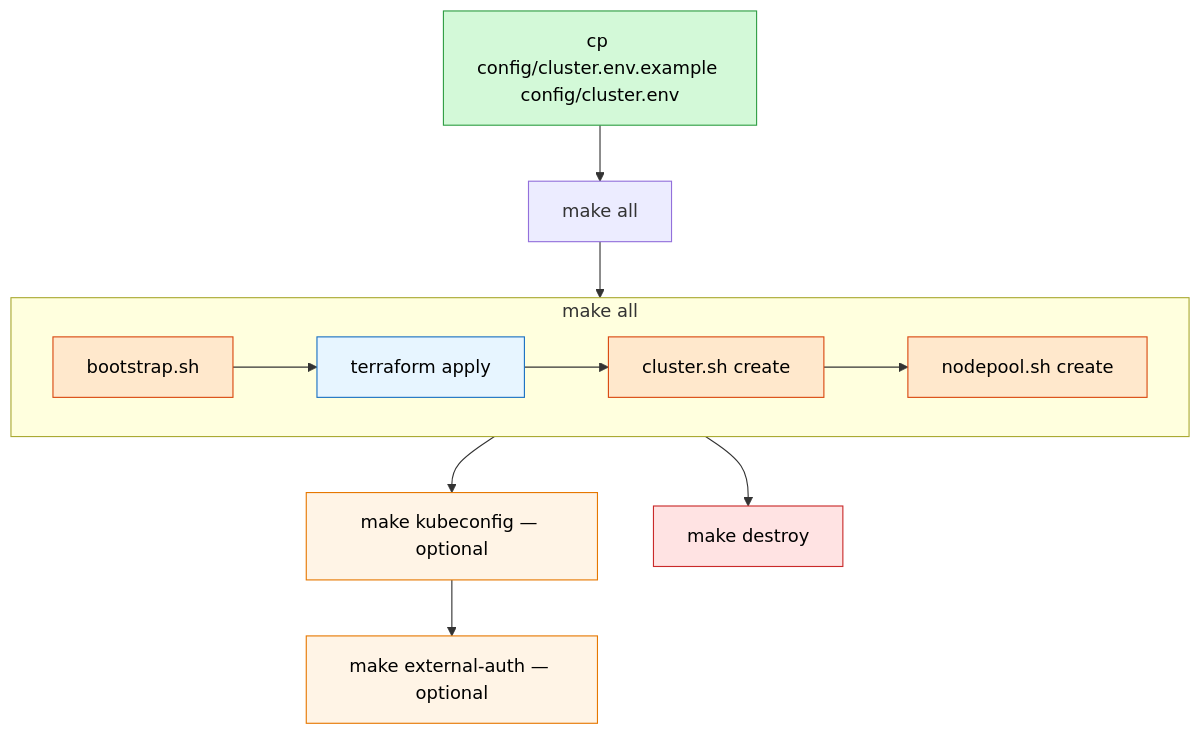
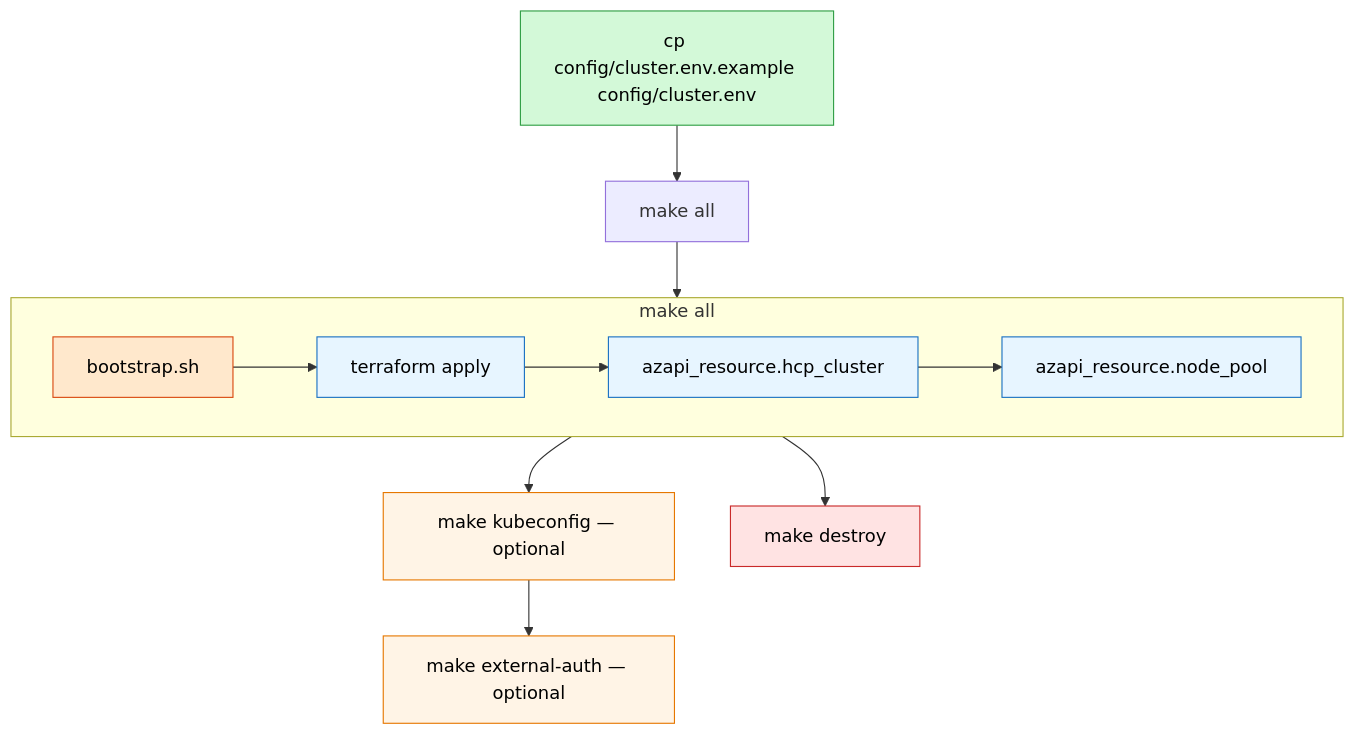
Before and after one commit to rh-mobb/aro-hcp: the second of 12 diagrams in docs/architecture.md, drawn with Mermaid. The commit also changed other lines of this file and 18 other files, not shown here.

First line of the commit message:
feat(terraform): manage HCP cluster and default node pool with AzAPI

````diff
--- a/docs/architecture.md
+++ b/docs/architecture.md
@@ -82,26 +82,26 @@
 ```mermaid
 flowchart TB
     start["cp config/cluster.env.example config/cluster.env"] --> all["make all"]
 
     subgraph allSteps["make all"]
         boot["bootstrap.sh"] --> apply["terraform apply"]
-        apply --> cluster["cluster.sh create"]
-        cluster --> nodepool["nodepool.sh create"]
+        apply --> cluster["azapi_resource.hcp_cluster"]
+        cluster --> nodepool["azapi_resource.node_pool"]
     end
 
     all --> allSteps
     allSteps --> kube["make kubeconfig — optional"]
     kube --> auth["make external-auth — optional"]
     allSteps --> destroy["make destroy"]
 
     classDef fillStart fill:#d3f9d8,stroke:#2f9e44,color:#000
     classDef fillTf fill:#e7f5ff,stroke:#1971c2,color:#000
     classDef fillCli fill:#ffe8cc,stroke:#d9480f,color:#000
     classDef fillOpt fill:#fff4e6,stroke:#e67700,color:#000
     classDef fillDestroy fill:#ffe3e3,stroke:#c92a2a,color:#000
     class start fillStart
-    class apply fillTf
-    class boot,cluster,nodepool fillCli
+    class apply,cluster,nodepool fillTf
+    class boot fillCli
     class kube,auth fillOpt
     class destroy fillDestroy
 ```
````
